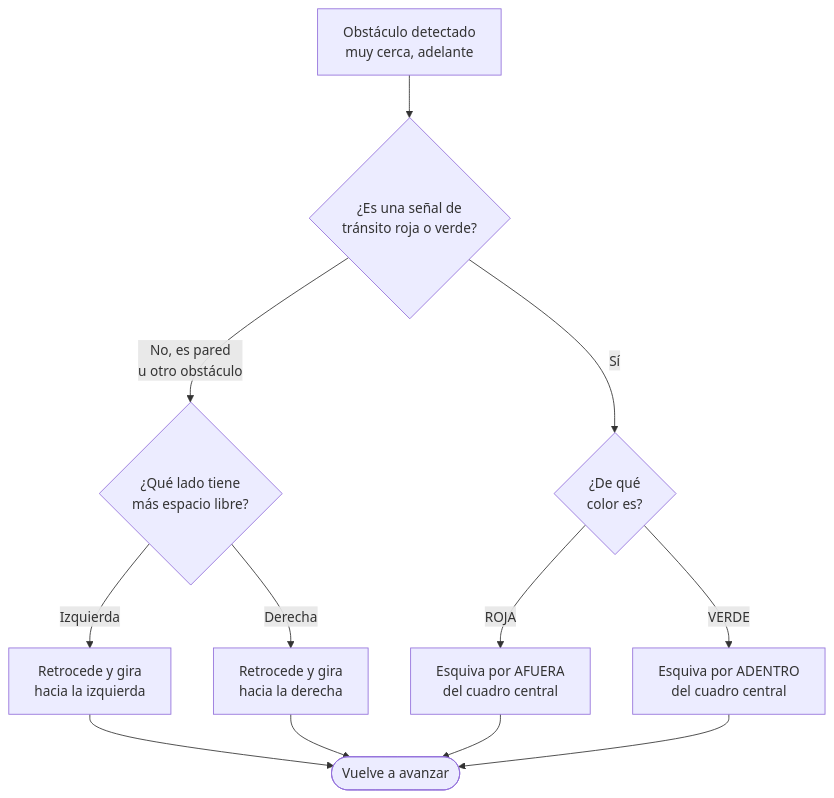
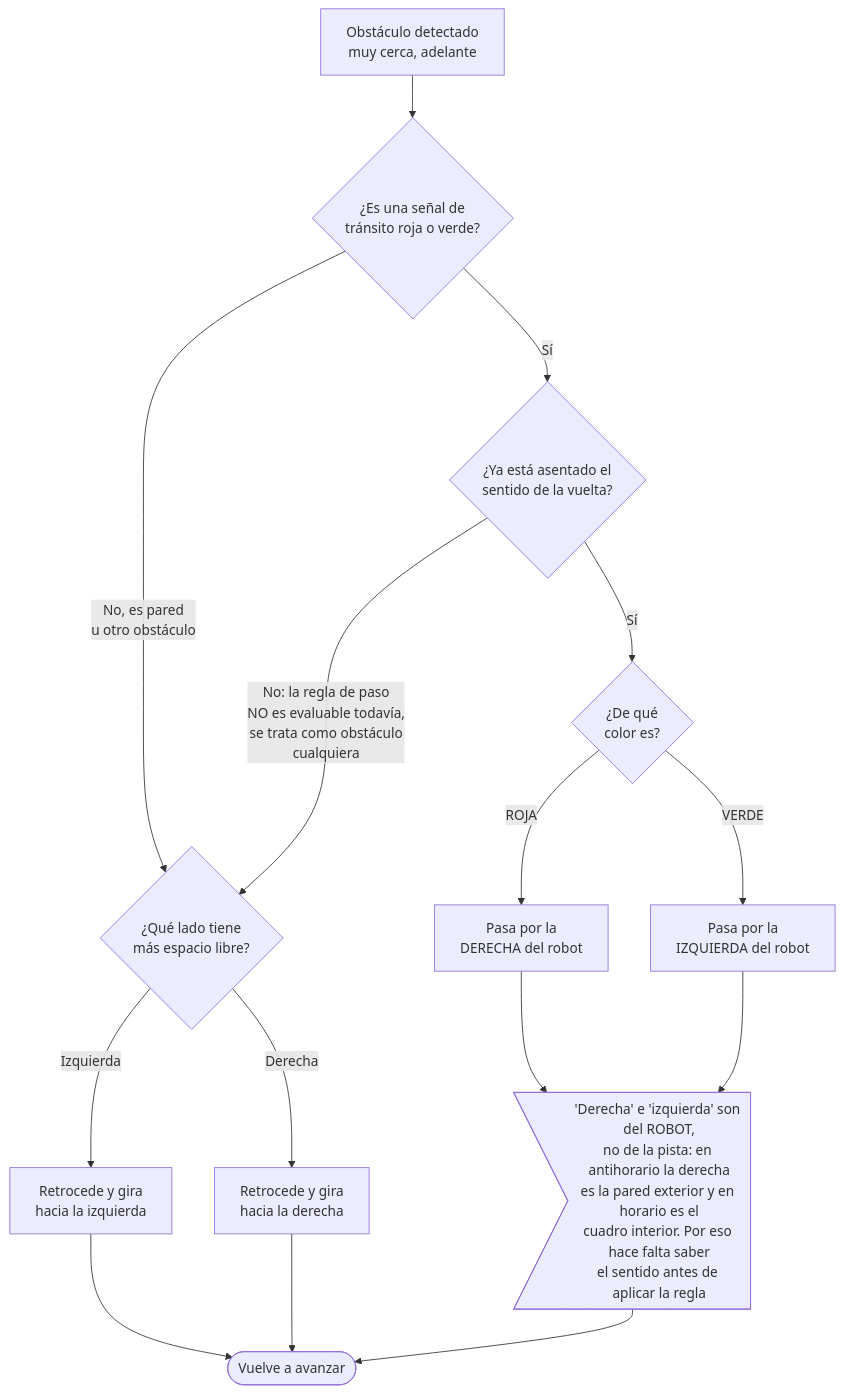
Before and after one commit to teamvoltimor/vtitan: the diagram in schemes/flowcharts/common/mermaid/esquiva-generica.mmd, drawn with Mermaid. The commit also changed 18 other files, not shown here.

First line of the commit message:
docs(nav): the flowcharts taught the pass-side rule backwards, and drew a state that never existed

```diff
--- a/schemes/flowcharts/common/mermaid/esquiva-generica.mmd
+++ b/schemes/flowcharts/common/mermaid/esquiva-generica.mmd
@@ -1,37 +1,59 @@
 %% Referencias de código (no se renderizan en el PNG, solo para mantenimiento futuro)
 %% Este comportamiento tiene DOS implementaciones separadas en el código,
 %% una por fase, aunque el resultado descrito aquí es el mismo:
 %%   - Durante el avance ciego (antes de fijar la dirección):
 %%     src/python/src/navigation/corridor_follower.py::follow_corridor()
 %%     (rama forward < _MIN_FORWARD_CLEARANCE_M)
 %%   - Durante la conducción normal (ruta ya trazada):
 %%     src/python/src/navigation/core_navigator/ + EscapeManeuver en
 %%     control/controllers/collision_avoidance_controller.py
 %% Se documenta una sola vez aquí porque ambas fases citan este mismo
 %% diagrama en vez de repetir la descripción -- ver
 %% common/mermaid/inferencia-direccion.mmd (nodo Avoid) y
 %% common/mermaid/escape-colision.mmd (nodo Escape).
-%% La rama "¿Es una señal roja o verde?" solo aplica en Obstacle Challenge
-%% (Open Challenge no tiene señales, así que ahí siempre se va por "No").
-%% Regla WRO: roja por afuera del cuadro central, verde por adentro, y NO
-%% depende del sentido de la vuelta -- confirmado en sign_router.py::
-%% _ROUTING_TABLE, mismo eje/multiplicador para CLOCKWISE y COUNTERCLOCKWISE
-%% en las 4 secciones. Detalle completo de la regla de color en:
+%% -
+%% CORREGIDO 2026-09-10. Este diagrama afirmaba que la regla WRO es
+%% "roja por afuera, verde por adentro, y NO depende del sentido de la vuelta",
+%% citando sign_router.py::_ROUTING_TABLE como confirmación. Era exactamente
+%% al revés, y la tabla misma es hoy la prueba:
+%%   src/python/src/navigation/planning/sign_router/routing.py::ROUTING_TABLE
+%% Las 4 filas CLOCKWISE son la NEGACIÓN de sus pares COUNTERCLOCKWISE.
+%% La regla (WRO 2026 9.19) es RELATIVA AL SENTIDO DE MARCHA: el vehículo pasa
+%% a su PROPIA DERECHA de un pilar rojo y a su PROPIA IZQUIERDA de uno verde.
+%% "Su derecha" nombra la pared EXTERIOR en antihorario y el cuadro INTERIOR en
+%% horario, así que en coordenadas de pista la regla se invierte entre sentidos.
+%% La tabla fue ABSOLUTA entre 2026-07-05 y 2026-09-03: correcta en antihorario
+%% y al revés en TODA ronda horaria. Quedó invisible porque el scorer del
+%% simulador juzgaba con la misma convención que el router conducía.
+%% -
+%% CONSECUENCIA PARA ESTE DIAGRAMA: sin dirección asentada la regla NO es
+%% evaluable. pass_side_lateral_axis() EXIGE `direction` y devuelve None si no
+%% la tiene; su propio docstring obliga al llamador a tratar ese None como "la
+%% regla de paso no está disponible en este tick" y caer a esquiva genérica.
+%% Por eso la rama de color ahora cuelga de un chequeo de dirección asentada,
+%% y NO se puede prometer que la regla se cumpla desde el primer momento.
+%% Detalle completo de la regla de color en:
 %%   schemes/flowcharts/obstacles/mermaid/regla-senales.mmd
 
 flowchart TD
     Obstacle["Obstáculo detectado<br/>muy cerca, adelante"] --> IsSign{"¿Es una señal de<br/>tránsito roja o verde?"}
 
-    IsSign -- "No, es pared<br/>u otro obstáculo" --> Choose{"¿Qué lado tiene<br/>más espacio libre?"}
-    IsSign -- "Sí" --> Color{"¿De qué<br/>color es?"}
+    IsSign -- "No, es pared<br/>u otro obstáculo" --> Choose
+    IsSign -- "Sí" --> Settled{"¿Ya está asentado el<br/>sentido de la vuelta?"}
 
+    Settled -- "No: la regla de paso<br/>NO es evaluable todavía,<br/>se trata como obstáculo<br/>cualquiera" --> Choose
+    Settled -- "Sí" --> Color{"¿De qué<br/>color es?"}
+
+    Choose{"¿Qué lado tiene<br/>más espacio libre?"}
     Choose -- "Izquierda" --> TurnLeft["Retrocede y gira<br/>hacia la izquierda"]
     Choose -- "Derecha" --> TurnRight["Retrocede y gira<br/>hacia la derecha"]
 
-    Color -- "ROJA" --> DodgeOut["Esquiva por AFUERA<br/>del cuadro central"]
-    Color -- "VERDE" --> DodgeIn["Esquiva por ADENTRO<br/>del cuadro central"]
+    Color -- "ROJA" --> DodgeR["Pasa por la<br/>DERECHA del robot"]
+    Color -- "VERDE" --> DodgeG["Pasa por la<br/>IZQUIERDA del robot"]
+
+    DodgeR --> Frame>"'Derecha' e 'izquierda' son del ROBOT,<br/>no de la pista: en antihorario la derecha<br/>es la pared exterior y en horario es el<br/>cuadro interior. Por eso hace falta saber<br/>el sentido antes de aplicar la regla"]
+    DodgeG --> Frame
 
     TurnLeft --> Resume(["Vuelve a avanzar"])
     TurnRight --> Resume
-    DodgeOut --> Resume
-    DodgeIn --> Resume
+    Frame --> Resume
```
